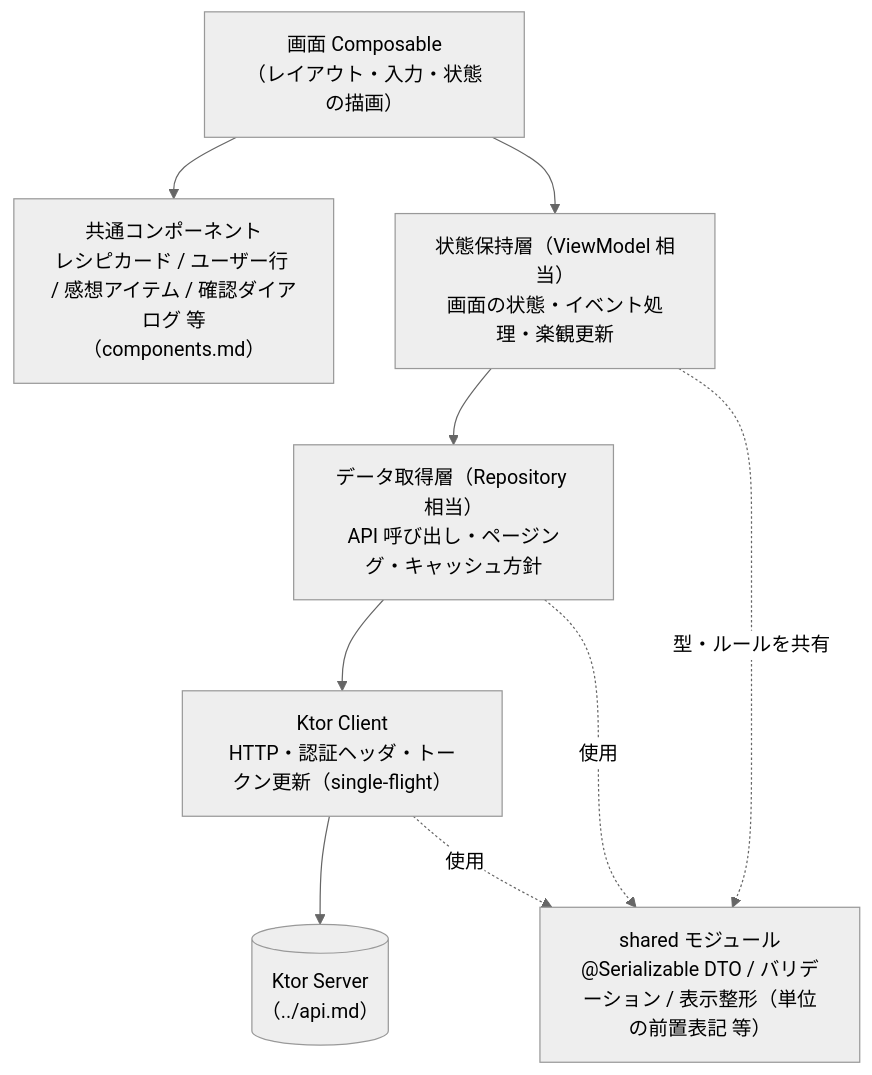
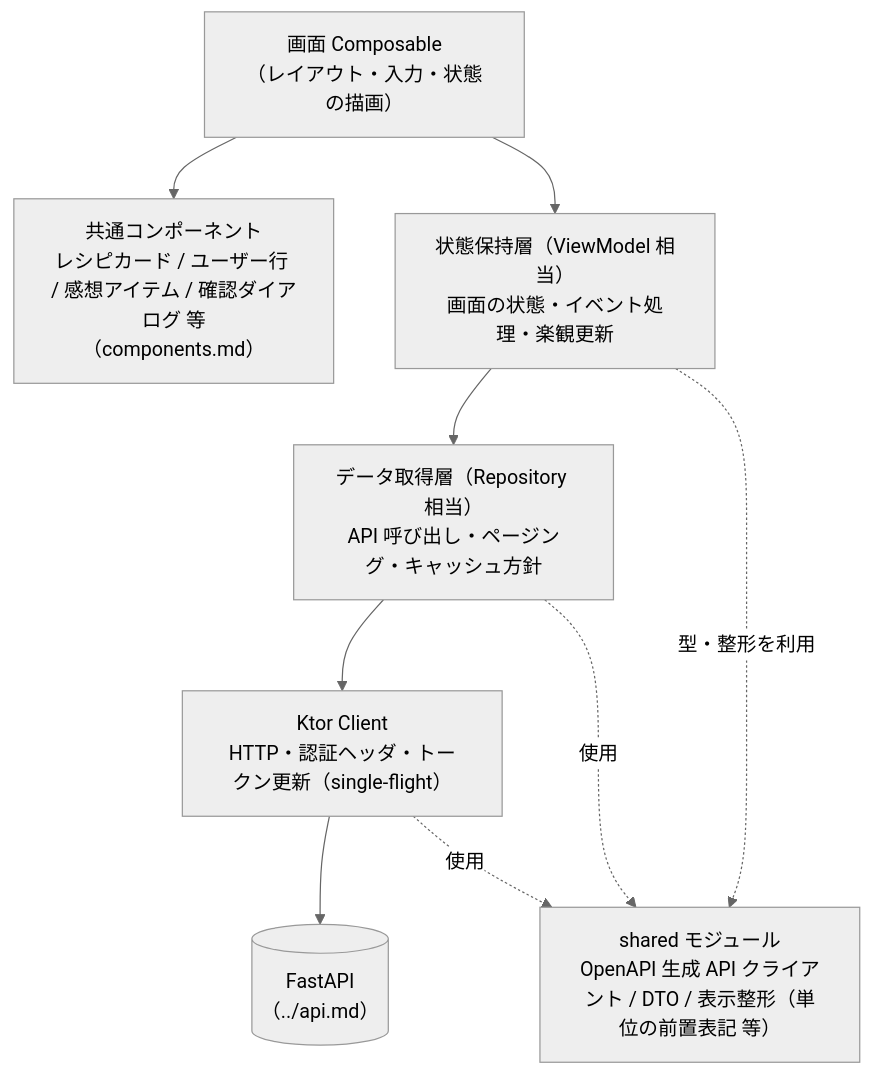
Before and after one commit to yamamotonaoki3/Recipi: the second of 2 diagrams in docs/requirements/screens/navigation.md, drawn with Mermaid (neutral theme). The commit also changed other lines of this file and 12 other files, not shown here.

First line of the commit message:
docs: バックエンドを Python/FastAPI 構成へ変更

````diff
--- a/docs/requirements/screens/navigation.md
+++ b/docs/requirements/screens/navigation.md
@@ -69,13 +69,13 @@
 ```mermaid
 flowchart TD
     Screen["画面 Composable<br/>（レイアウト・入力・状態の描画）"]
     Screen --> Common["共通コンポーネント<br/>レシピカード / ユーザー行 / 感想アイテム / 確認ダイアログ 等<br/>（components.md）"]
     Screen --> State["状態保持層（ViewModel 相当）<br/>画面の状態・イベント処理・楽観更新"]
     State --> Data["データ取得層（Repository 相当）<br/>API 呼び出し・ページング・キャッシュ方針"]
     Data --> KtorClient["Ktor Client<br/>HTTP・認証ヘッダ・トークン更新（single-flight）"]
-    KtorClient --> Api[("Ktor Server<br/>（../api.md）")]
+    KtorClient --> Api[("FastAPI<br/>（../api.md）")]
 
-    State -. 型・ルールを共有 .-> Shared["shared モジュール<br/>@Serializable DTO / バリデーション / 表示整形（単位の前置表記 等）"]
+    State -. 型・整形を利用 .-> Shared["shared モジュール<br/>OpenAPI 生成 API クライアント / DTO / 表示整形（単位の前置表記 等）"]
     Data -. 使用 .-> Shared
     KtorClient -. 使用 .-> Shared
 ```
````
